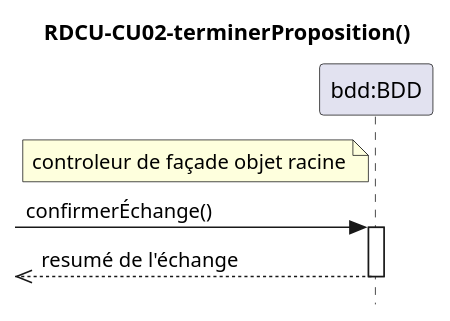
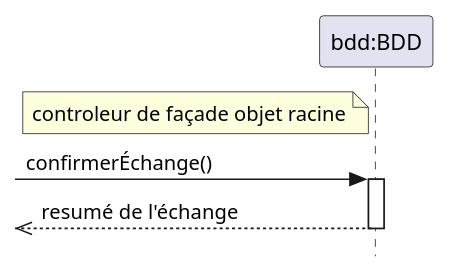
One commit to yvanross/LOG210-exercices changed diagram 13 of 14 in DCU-CU-MDD-DSS-CON-RDCU-DCC/MDD-DSS-CON-RDCU-DCL-systeme-echange-livre.md. Above: the diagram before and after it, drawn with PlantUML. The commit also changed other lines of this file and 50 other files, not shown here.

````diff
--- a/DCU-CU-MDD-DSS-CON-RDCU-DCC/MDD-DSS-CON-RDCU-DCL-systeme-echange-livre.md
+++ b/DCU-CU-MDD-DSS-CON-RDCU-DCC/MDD-DSS-CON-RDCU-DCL-systeme-echange-livre.md
@@ -552,13 +546,13 @@
 ```plantuml
 @startuml
-title RDCU-CU02-terminerProposition()
+
 skinparam style strictuml
 participant "bdd:BDD" as CTRL
 note left of CTRL: controleur de façade objet racine
 ->CTRL: confirmerÉchange()
 activate CTRL
 <<--CTRL: resumé de l'échange
 deactivate CTRL
 
 @enduml
 ```
````
